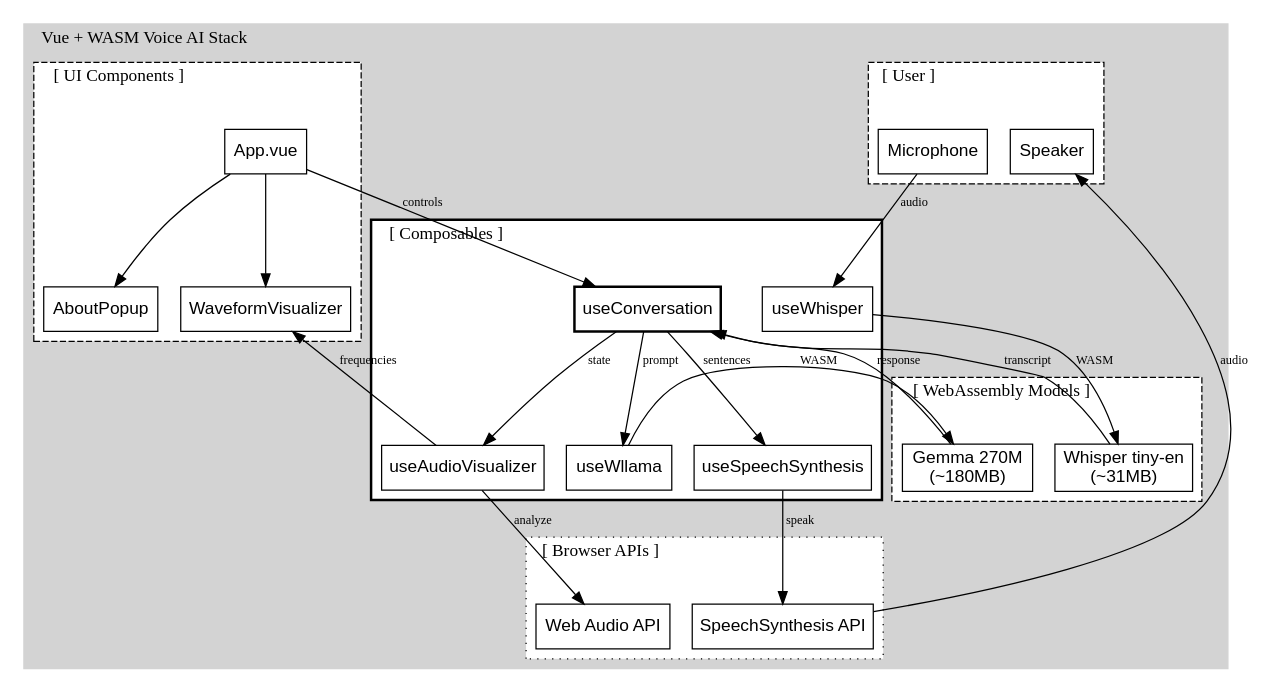
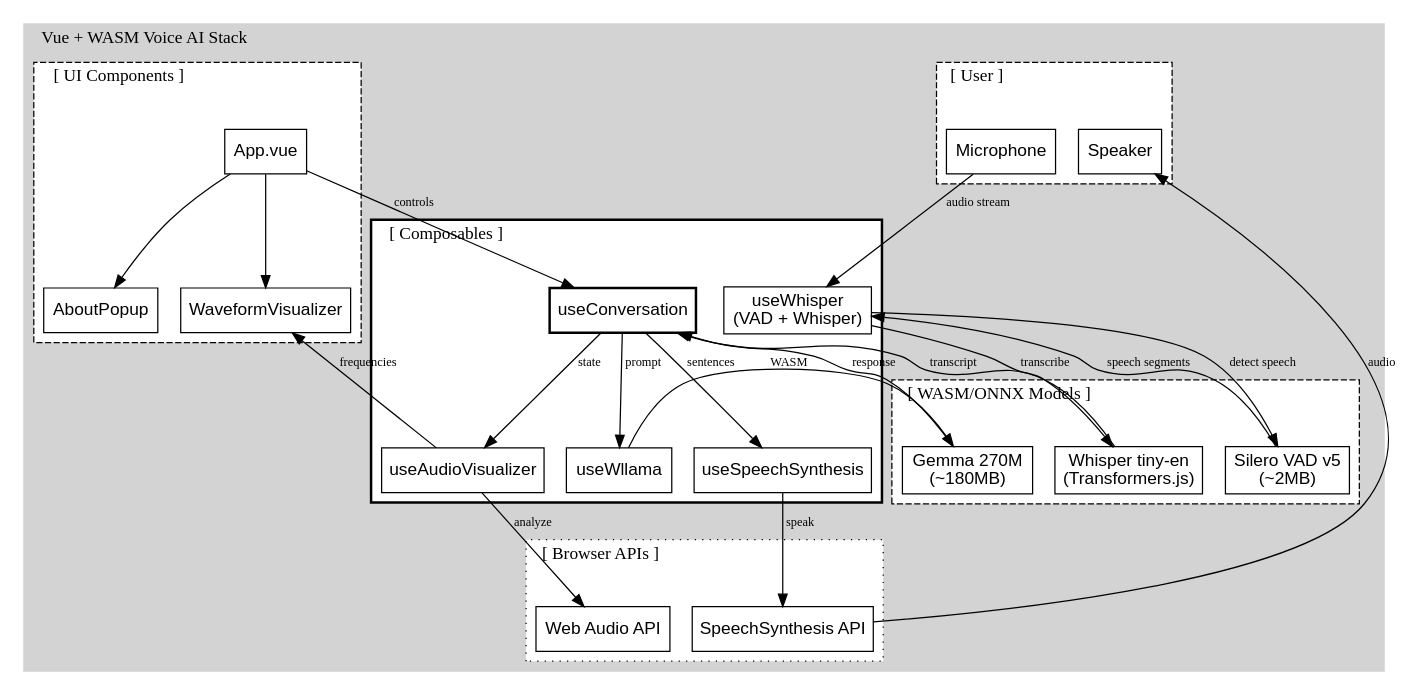
Before and after one commit to muthuspark/ava: the diagram in docs/architecture.dot, drawn with Graphviz. The commit also changed 10 other files, not shown here.

```diff
--- a/docs/architecture.dot
+++ b/docs/architecture.dot
@@ -1,93 +1,96 @@
 digraph Ava {
     rankdir=TB
     fontname="JetBrains Mono, Courier New, monospace"
     compound=true
-    
+
     // Global Styles
     node [shape=box, style="bold", fontname="Helvetica,Arial,sans-serif", color=black, fillcolor=white]
     edge [fontname="JetBrains Mono", fontsize=10, color=black]
     graph [bgcolor=white, fontname="JetBrains Mono", labeljust="l"]
 
 
     subgraph cluster_browser {
         label = "Vue + WASM Voice AI Stack";
         style=filled;
         color=lightgrey;
         node [style=filled, fillcolor=white];
         // User layer
         subgraph cluster_user {
             label="[ User ]"
             style=dashed
             color=black
-            
+
             mic [label="Microphone"]
             speaker [label="Speaker"]
         }
-    
+
         // UI layer
         subgraph cluster_ui {
             label="[ UI Components ]"
             style=dashed
             color=black
-    
+
             app [label="App.vue"]
             visualizer [label="WaveformVisualizer"]
             about [label="AboutPopup"]
         }
-    
+
         // Composables layer
         subgraph cluster_composables {
             label="[ Composables ]"
             style=solid
             penwidth=2
             color=black
-    
+
             conversation [label="useConversation", penwidth=2]
-            whisper [label="useWhisper"]
+            whisper [label="useWhisper\n(VAD + Whisper)"]
             wllama [label="useWllama"]
             tts [label="useSpeechSynthesis"]
             audioViz [label="useAudioVisualizer"]
         }
-    
-        // WASM layer
+
+        // WASM/ONNX layer
         subgraph cluster_wasm {
-            label="[ WebAssembly Models ]"
+            label="[ WASM/ONNX Models ]"
             style=dashed
             color=black
-    
-            whisperModel [label="Whisper tiny-en\n(~31MB)"]
+
+            vadModel [label="Silero VAD v5\n(~2MB)"]
+            whisperModel [label="Whisper tiny-en\n(Transformers.js)"]
             gemmaModel [label="Gemma 270M\n(~180MB)"]
         }
-    
+
         // Browser API
-        subgraph cluster_browser {
+        subgraph cluster_apis {
             label="[ Browser APIs ]"
             style=dotted
             color=black
-    
+
             webAudio [label="Web Audio API"]
             speechSynth [label="SpeechSynthesis API"]
         }
-        
+
     }
     // Data flow
-    mic -> whisper [label="audio"]
-    whisper -> whisperModel [label="WASM"]
+    mic -> whisper [label="audio stream"]
+    whisper -> vadModel [label="detect speech"]
+    vadModel -> whisper [label="speech segments"]
+    whisper -> whisperModel [label="transcribe"]
     whisperModel -> conversation [label="transcript"]
 
     conversation -> wllama [label="prompt"]
     wllama -> gemmaModel [label="WASM"]
     gemmaModel -> conversation [label="response"]
 
     conversation -> tts [label="sentences"]
     tts -> speechSynth [label="speak"]
     speechSynth -> speaker [label="audio"]
 
     conversation -> audioViz [label="state"]
     audioViz -> webAudio [label="analyze"]
     audioViz -> visualizer [label="frequencies"]
 
     app -> conversation [label="controls"]
     app -> visualizer
     app -> about
 }
```
